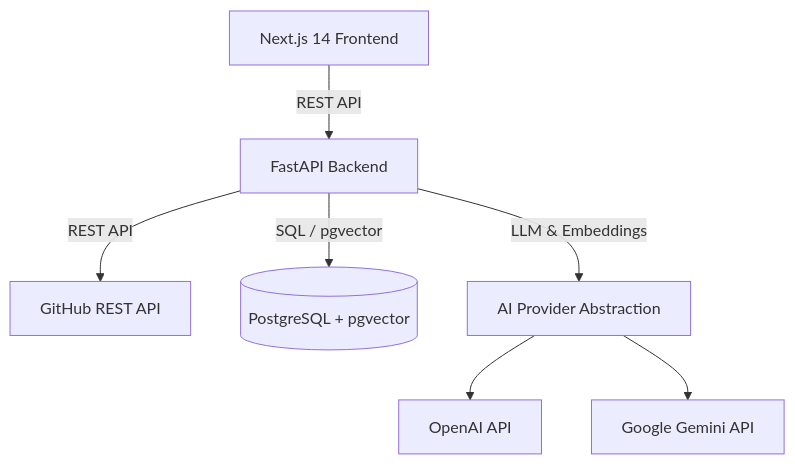
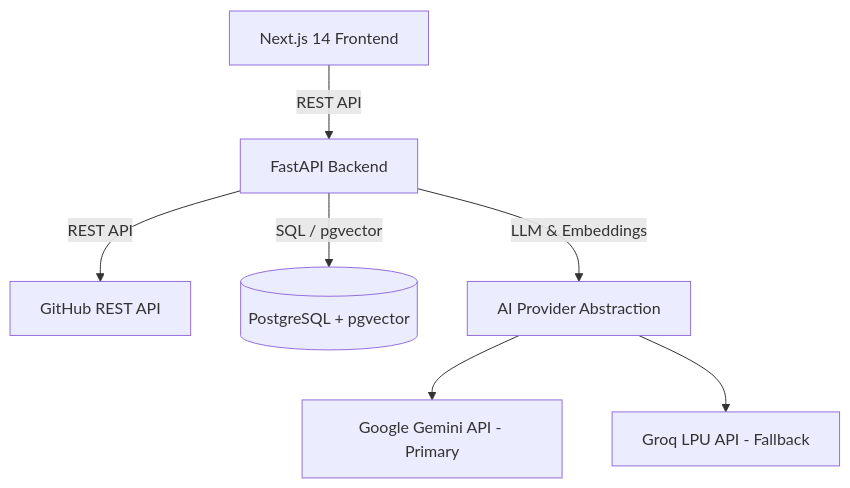
Before and after one commit to Ramdvd28/Repo_Pilot: the diagram in docs/architecture.md, drawn with Mermaid. The commit also changed other lines of this file and 27 other files, not shown here.

First line of the commit message:
feat: migrate AI providers to Gemini+Groq with updated models

````diff
--- a/docs/architecture.md
+++ b/docs/architecture.md
@@ -5,9 +5,9 @@
 ```mermaid
 graph TD
     Client[Next.js 14 Frontend] -->|REST API| FastAPI[FastAPI Backend]
     FastAPI -->|REST API| GitHub[GitHub REST API]
     FastAPI -->|SQL / pgvector| Postgres[(PostgreSQL + pgvector)]
     FastAPI -->|LLM & Embeddings| AI[AI Provider Abstraction]
-    AI --> OpenAI[OpenAI API]
-    AI --> Gemini[Google Gemini API]
+    AI --> Gemini[Google Gemini API - Primary]
+    AI --> Groq[Groq LPU API - Fallback]
 ```
````
